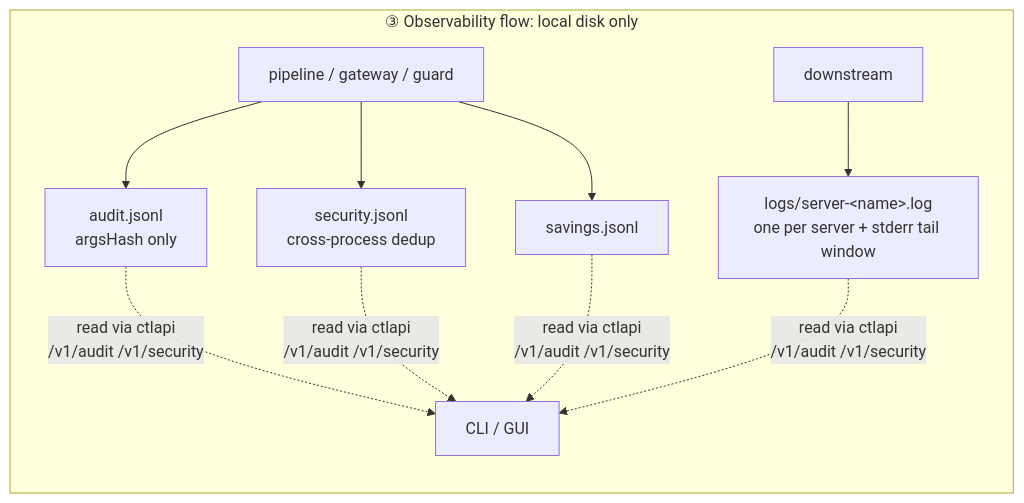
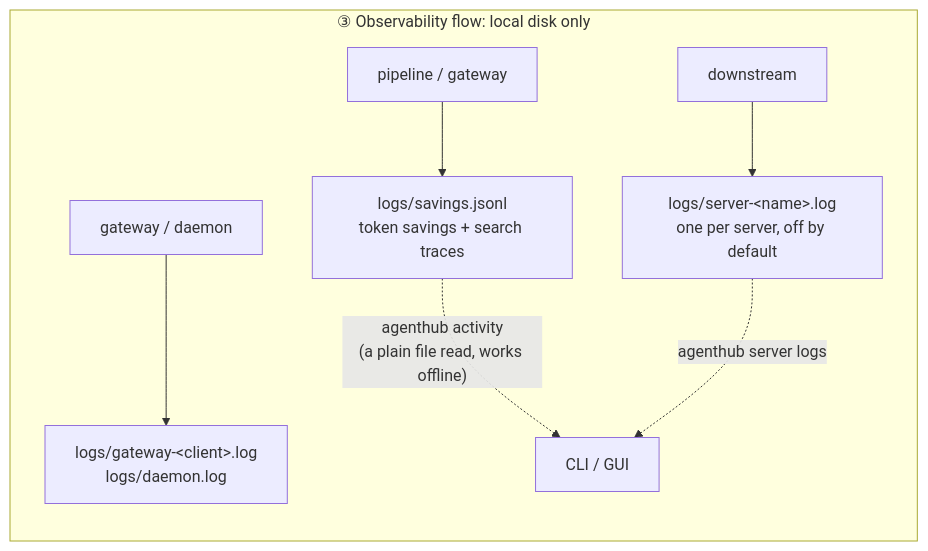
Before and after one commit to dinstein/agent-hub: the sixth of 8 diagrams in docs/architecture.md, drawn with Mermaid. The commit also changed other lines of this file and 15 other files, not shown here.

````diff
--- a/docs/architecture.md
+++ b/docs/architecture.md
@@ -263,10 +266,10 @@
 ```mermaid
 flowchart LR
     subgraph obs["③ Observability flow: local disk only"]
-        P["pipeline / gateway / guard"] --> A1["audit.jsonl<br/>argsHash only"]
-        P --> A2["security.jsonl<br/>cross-process dedup"]
-        P --> A3["savings.jsonl"]
-        DSX["downstream"] --> A4["logs/server-&lt;name&gt;.log<br/>one per server + stderr tail window"]
-        A1 & A2 & A3 & A4 -.->|"read via ctlapi<br/>/v1/audit /v1/security"| F["CLI / GUI"]
+        P["pipeline / gateway"] --> A3["logs/savings.jsonl<br/>token savings + search traces"]
+        DSX["downstream"] --> A4["logs/server-&lt;name&gt;.log<br/>one per server, off by default"]
+        GW["gateway / daemon"] --> A5["logs/gateway-&lt;client&gt;.log<br/>logs/daemon.log"]
+        A3 -.->|"agenthub activity<br/>(a plain file read, works offline)"| F["CLI / GUI"]
+        A4 -.->|"agenthub server logs"| F
     end
 ```
````
